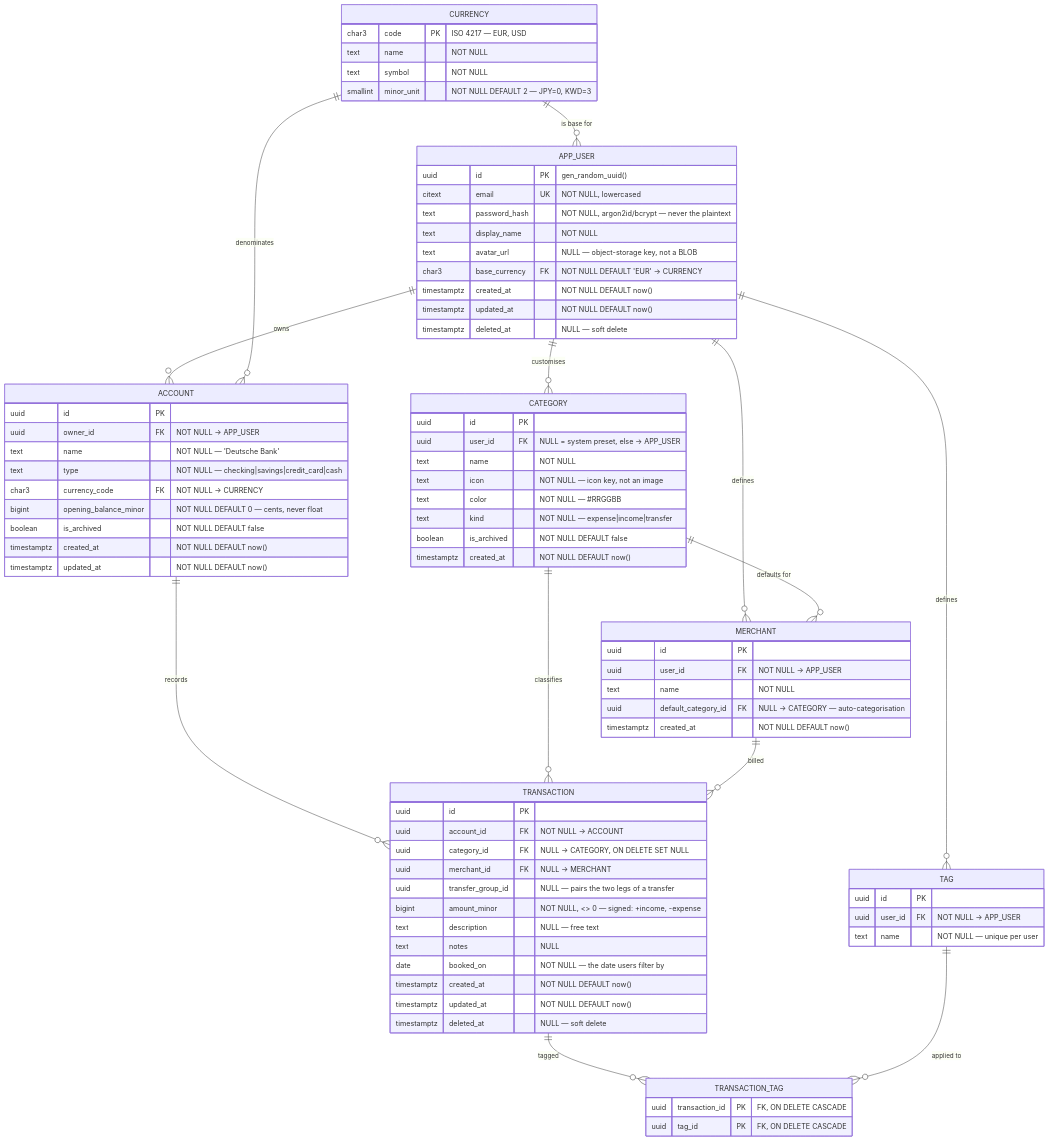
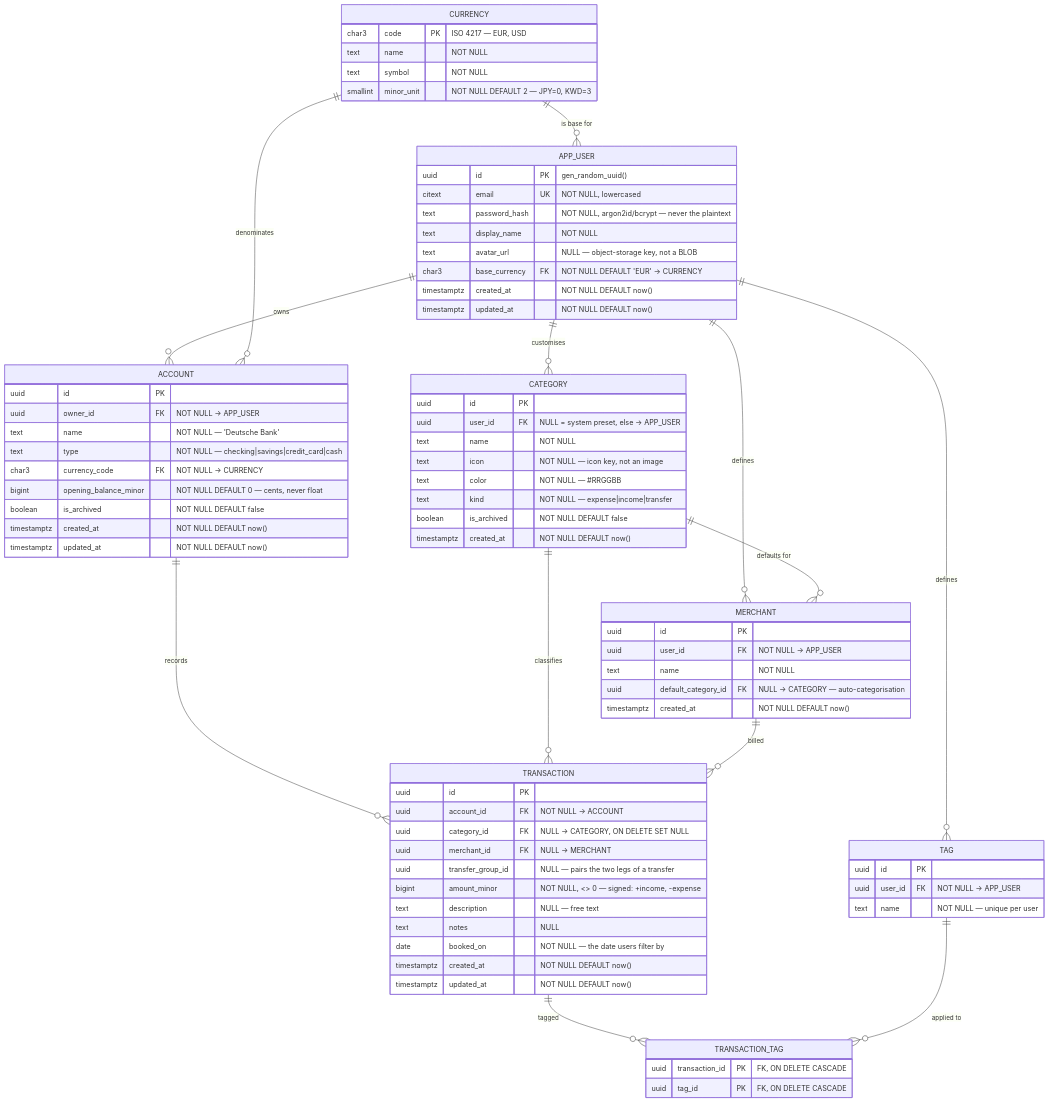
One commit to LaraKraemer/transcendence changed the diagram in docs/mvp-db-schema.md. Above: the diagram before and after it, drawn with Mermaid. The commit also changed 13 other files, not shown here.

Commit message:
chore(backend): remove unused user soft-delete field

```diff
--- a/docs/mvp-db-schema.md
+++ b/docs/mvp-db-schema.md
@@ -16,7 +16,6 @@
         char3       base_currency       FK  "NOT NULL DEFAULT 'EUR' -> CURRENCY"
         timestamptz created_at              "NOT NULL DEFAULT now()"
         timestamptz updated_at              "NOT NULL DEFAULT now()"
-        timestamptz deleted_at              "NULL — soft delete"
     }
 
     %% ── Money containers ────────────────────────────────────────────────────
@@ -72,7 +71,6 @@
         date        booked_on               "NOT NULL — the date users filter by"
         timestamptz created_at              "NOT NULL DEFAULT now()"
         timestamptz updated_at              "NOT NULL DEFAULT now()"
-        timestamptz deleted_at              "NULL — soft delete"
     }
 
     TAG {
```
